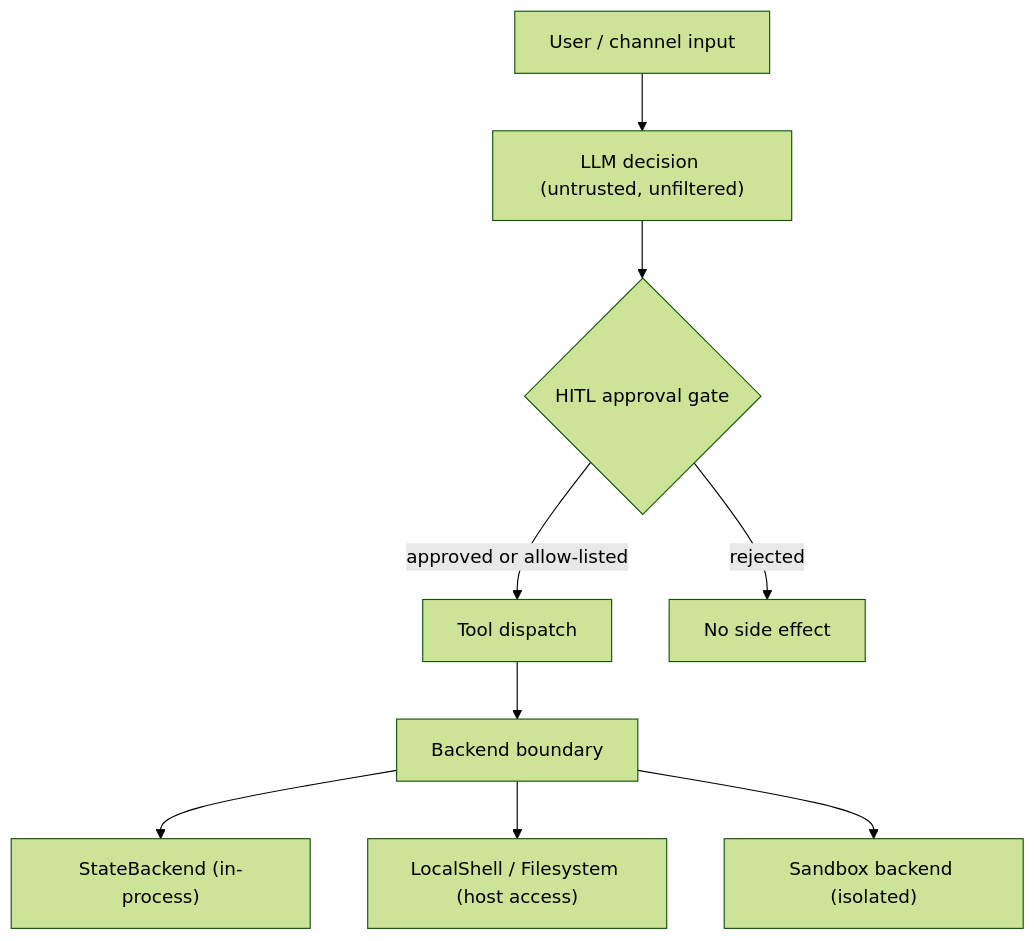
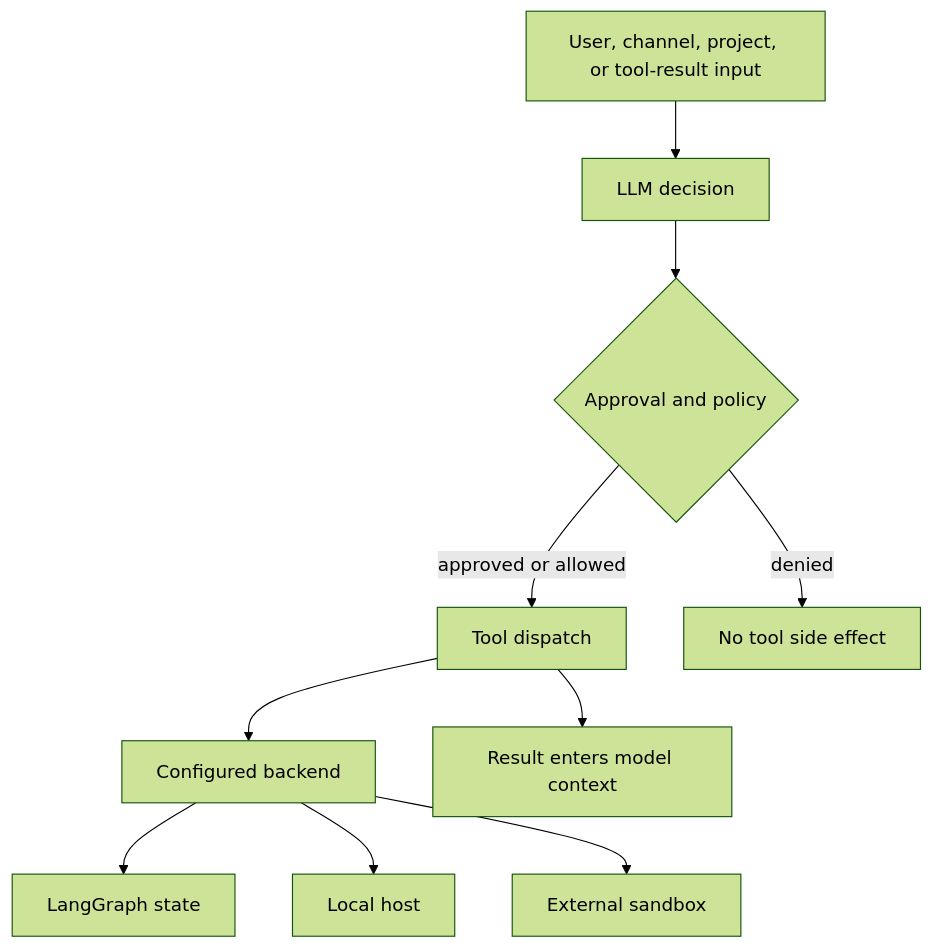
One commit to langchain-ai/deepagents changed the diagram in openwiki/operations/security.md. Above: the diagram before and after it, drawn with Mermaid (forest theme). The commit also changed other lines of this file and 136 other files, not shown here.

````diff
--- a/openwiki/operations/security.md
+++ b/openwiki/operations/security.md
@@ -48,11 +49,12 @@
 ```mermaid
 flowchart TD
-    U["User / channel input"] --> LLM["LLM decision (untrusted, unfiltered)"]
-    LLM --> HITL{"HITL approval gate"}
-    HITL -->|approved or allow-listed| TOOL["Tool dispatch"]
-    HITL -->|rejected| STOP["No side effect"]
-    TOOL --> BE["Backend boundary"]
-    BE --> STATE["StateBackend (in-process)"]
-    BE --> LOCAL["LocalShell / Filesystem (host access)"]
-    BE --> SANDBOX["Sandbox backend (isolated)"]
+    Input["User, channel, project, or tool-result input"] --> Model["LLM decision"]
+    Model --> Gate{"Approval and policy"}
+    Gate -->|approved or allowed| Tool["Tool dispatch"]
+    Gate -->|denied| Stop["No tool side effect"]
+    Tool --> Backend["Configured backend"]
+    Backend --> State["LangGraph state"]
+    Backend --> Host["Local host"]
+    Backend --> Sandbox["External sandbox"]
+    Tool --> Context["Result enters model context"]
 ```
````
